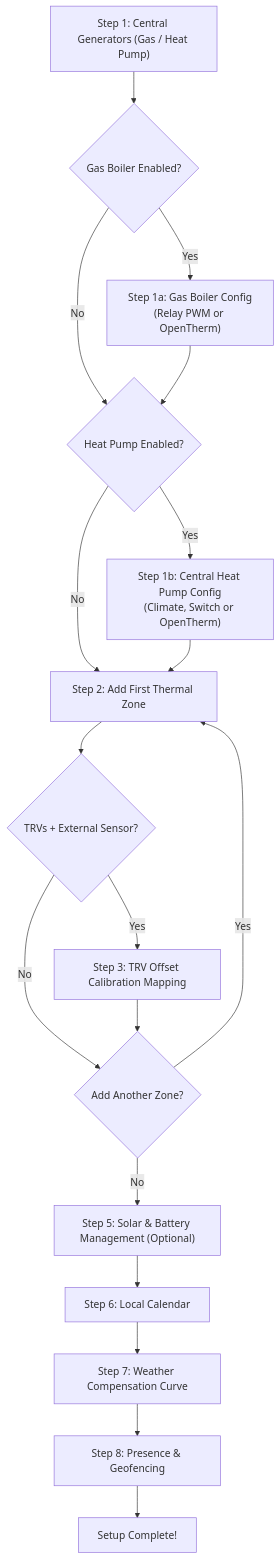
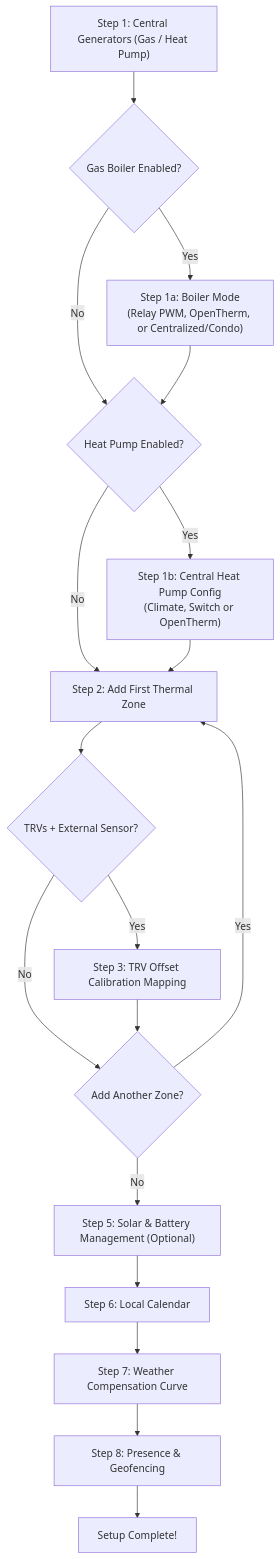
The diagram in docs/wiki/setup_wizard.md (alex-military/multizone-thermostat), drawn with Mermaid before and after one commit. The commit also changed other lines of this file and 40 other files, not shown here.

````diff
--- a/docs/wiki/setup_wizard.md
+++ b/docs/wiki/setup_wizard.md
@@ -14,20 +14,20 @@
 ```mermaid
 flowchart TD
     S1["Step 1: Central Generators (Gas / Heat Pump)"] --> S1a{"Gas Boiler Enabled?"}
-    S1a -->|Yes| C_Gas["Step 1a: Gas Boiler Config<br>(Relay PWM or OpenTherm)"]
+    S1a -->|Yes| C_Gas["Step 1a: Boiler Mode<br>(Relay PWM, OpenTherm, or Centralized/Condo)"]
     S1a -->|No| S1b{"Heat Pump Enabled?"}
     C_Gas --> S1b
     S1b -->|Yes| C_PDC["Step 1b: Central Heat Pump Config<br>(Climate, Switch or OpenTherm)"]
     S1b -->|No| Zone1["Step 2: Add First Thermal Zone"]
     C_PDC --> Zone1
     Zone1 --> CalibCheck{"TRVs + External Sensor?"}
     CalibCheck -->|Yes| S3["Step 3: TRV Offset Calibration Mapping"]
     CalibCheck -->|No| S4{"Add Another Zone?"}
     S3 --> S4
     S4 -->|Yes| Zone1
     S4 -->|No| S5["Step 5: Solar & Battery Management (Optional)"]
     S5 --> S6["Step 6: Local Calendar"]
     S6 --> S7["Step 7: Weather Compensation Curve"]
     S7 --> S8["Step 8: Presence & Geofencing"]
     S8 --> Fine["Setup Complete!"]
 ```
````
